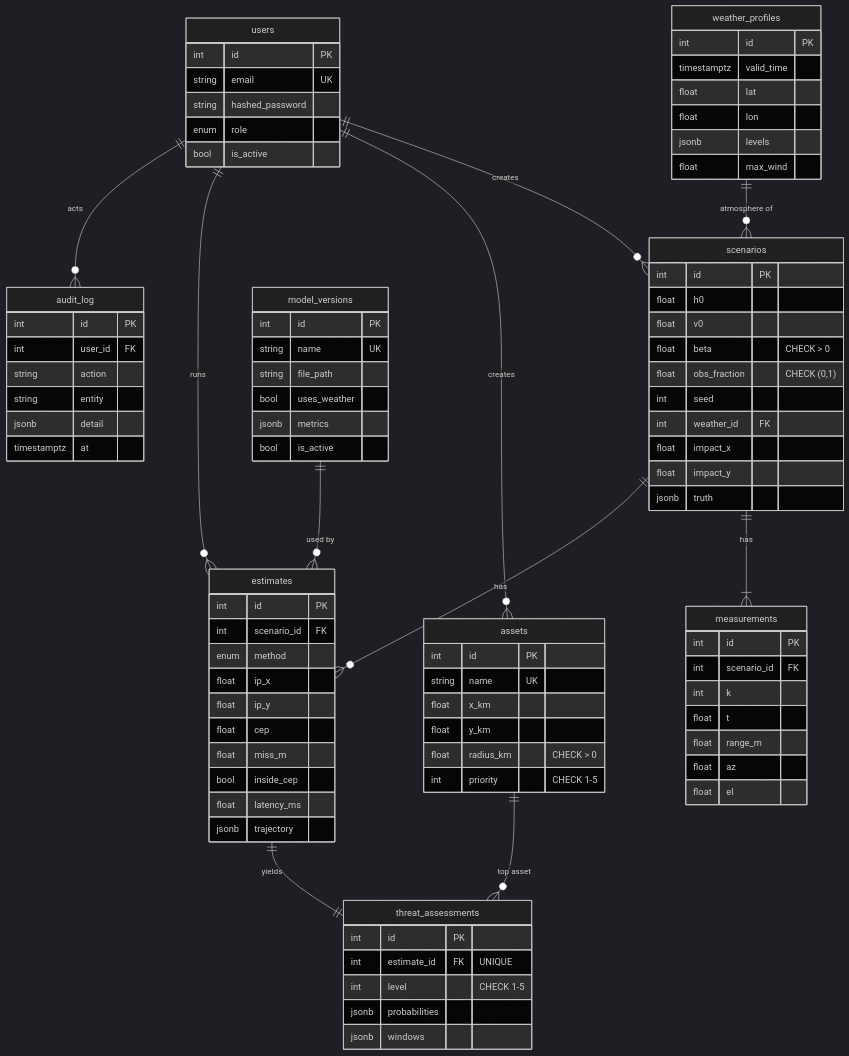
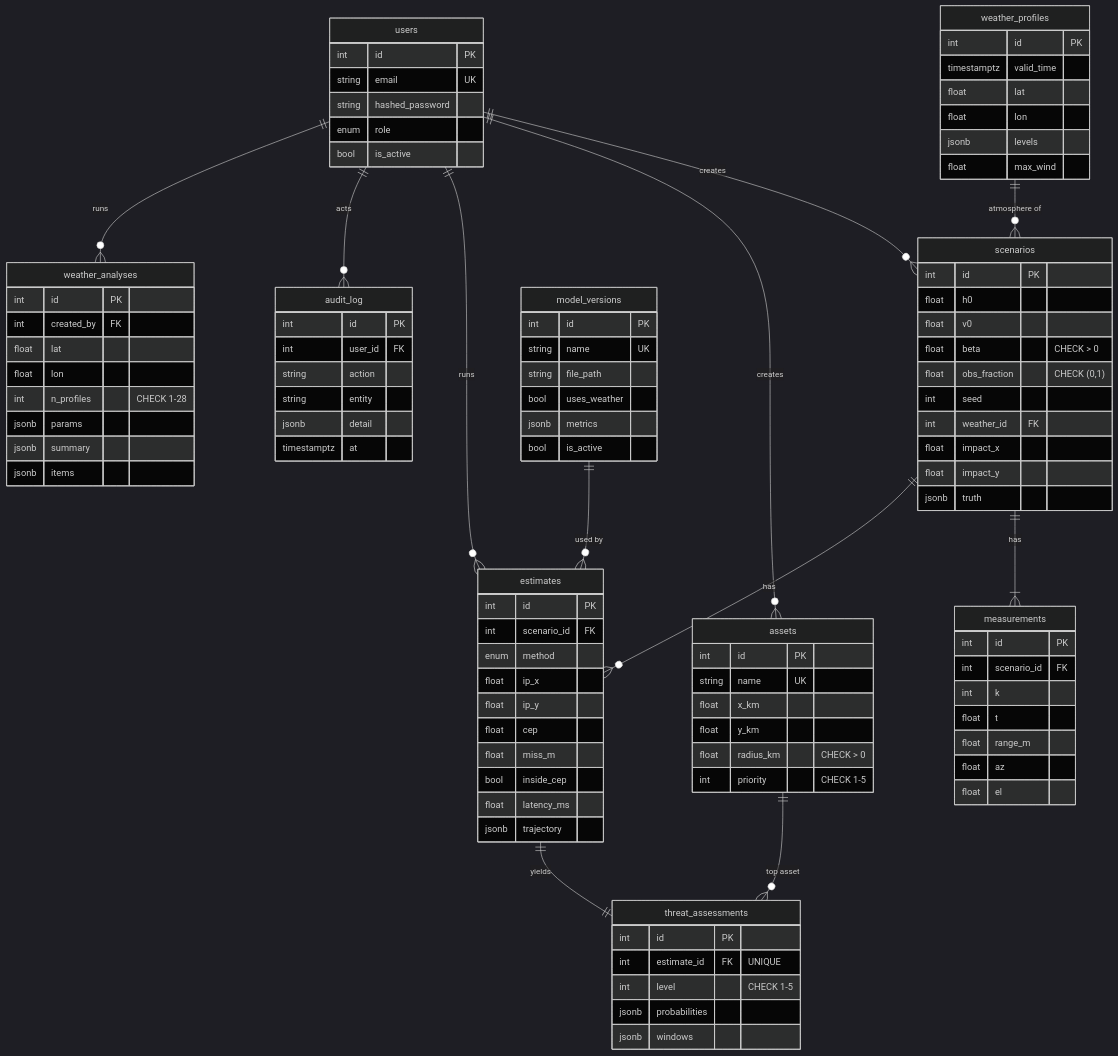
The second of 3 diagrams in docs/architecture.md (ljw22112/TrajAI-Defense), drawn with Mermaid (dark theme) before and after one commit. The commit also changed other lines of this file and 129 other files, not shown here.

```diff
--- a/docs/architecture.md
+++ b/docs/architecture.md
@@ -47,6 +47,7 @@
   users ||--o{ assets : creates
   users ||--o{ estimates : runs
   users ||--o{ audit_log : acts
+  users ||--o{ weather_analyses : runs
   weather_profiles ||--o{ scenarios : "atmosphere of"
   scenarios ||--|{ measurements : has
   scenarios ||--o{ estimates : has
@@ -125,6 +126,16 @@
     jsonb probabilities
     jsonb windows
   }
+  weather_analyses {
+    int id PK
+    int created_by FK
+    float lat
+    float lon
+    int n_profiles "CHECK 1-28"
+    jsonb params
+    jsonb summary
+    jsonb items
+  }
   audit_log {
     int id PK
     int user_id FK
```
